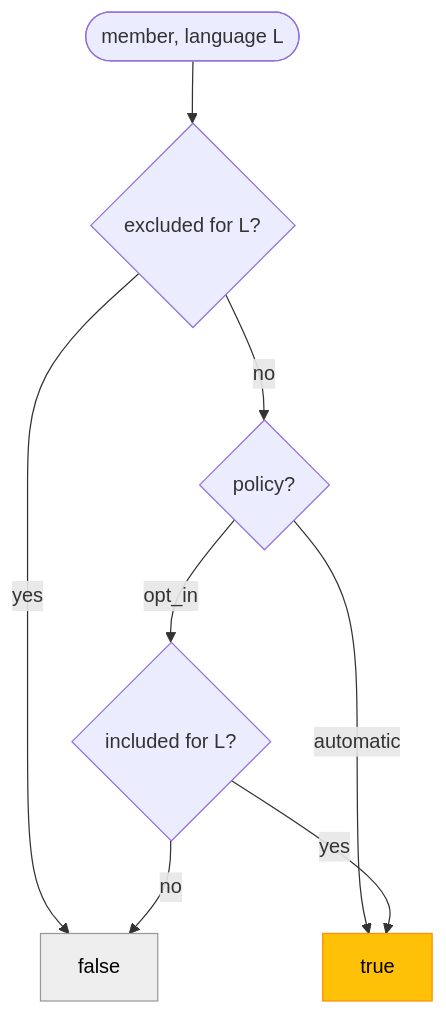
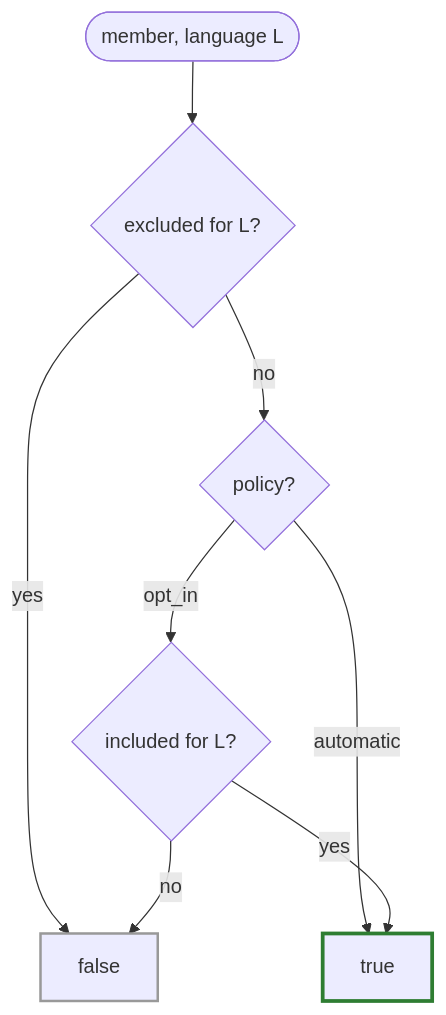
One commit to skarndev/welder changed the diagram in docs/content/guide/annotations.md. Above: the diagram before and after it, drawn with Mermaid. The commit also changed 6 other files, not shown here.

First line of the commit message:
docs: serve the C++ reference (no 404) and fix dark-theme diagram contrast

````diff
--- a/docs/content/guide/annotations.md
+++ b/docs/content/guide/annotations.md
@@ -85,12 +85,12 @@
 ```mermaid
 flowchart TD
     S([member, language L]) --> X{excluded for L?}
     X -- yes --> N[false]
     X -- no --> P{policy?}
     P -- automatic --> T[true]
     P -- opt_in --> I{included for L?}
     I -- yes --> T
     I -- no --> N
-    style T fill:#ffc107,stroke:#ff8f00,color:#000
-    style N fill:#eee,stroke:#999,color:#000
+    style T stroke:#2e7d32,stroke-width:3px
+    style N stroke:#999,stroke-width:2px
 ```
````
